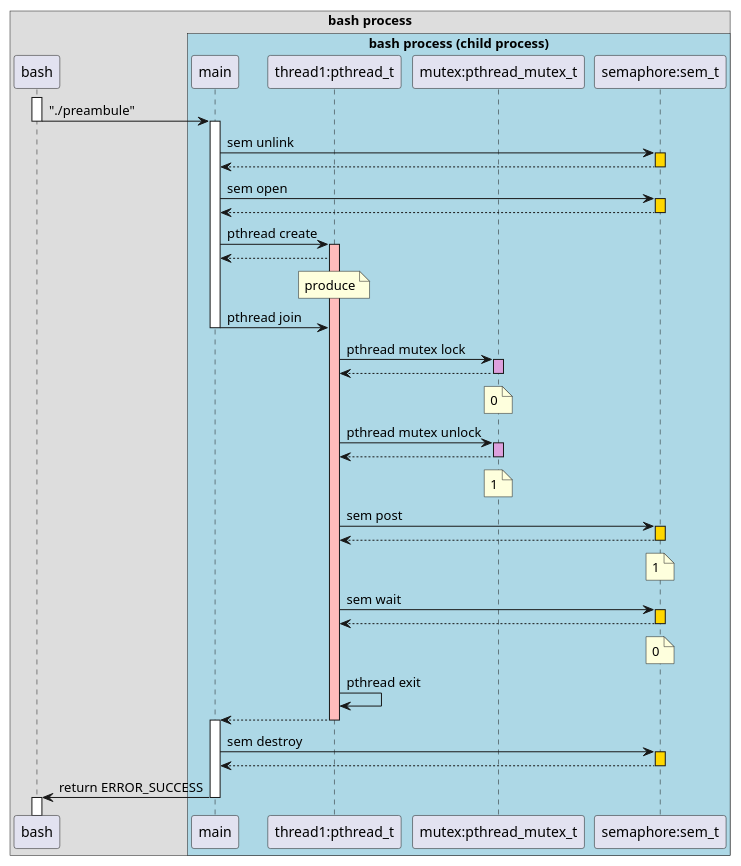
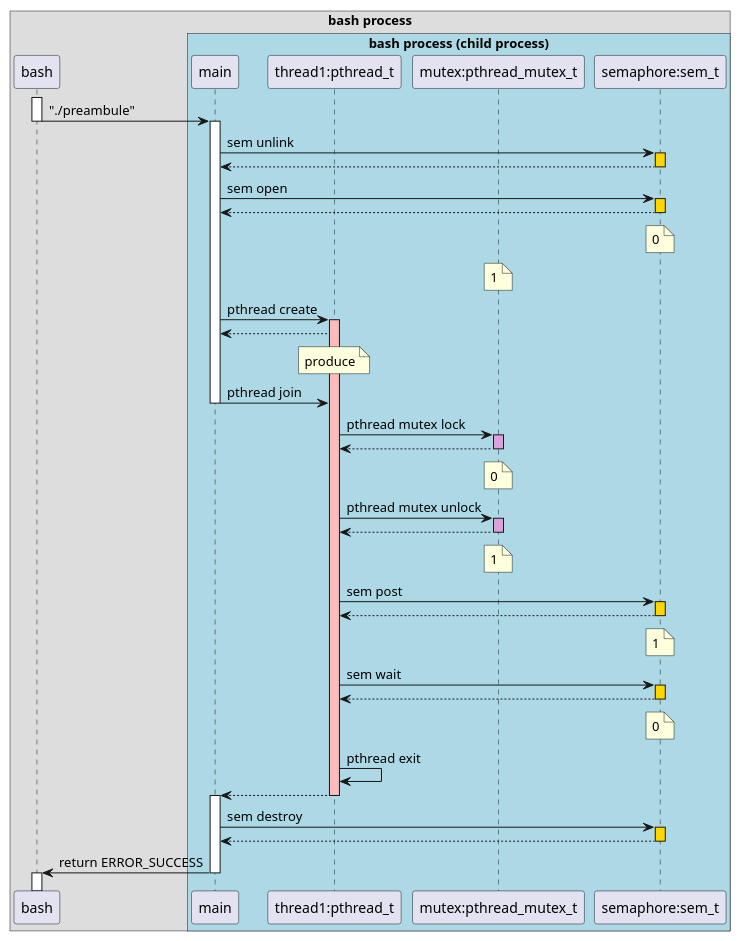
Before and after one commit to jomsc/b0-tp: the diagram in exercice-1/diagrams/preambuleSequenceDiagram.puml, drawn with PlantUML. The commit also changed 5 other files, not shown here.

Commit message:
corrections diagrammes + insertion template du diagramme de séquence final

```diff
--- a/exercice-1/diagrams/preambuleSequenceDiagram.puml
+++ b/exercice-1/diagrams/preambuleSequenceDiagram.puml
@@ -1,63 +1,65 @@
 @startuml
 !pragma teoz true
 box "bash process"
 participant bash
 
 box "bash process (child process)" #lightblue
 participant "main" as main
 participant "thread1:pthread_t" as thread1
 participant "mutex:pthread_mutex_t" as mutex
 participant "semaphore:sem_t" as semaphore
 end box
 end box
 
 activate bash
 bash -> main --++ : "./preambule"
 
 main -> semaphore:sem unlink
 activate semaphore #gold
 return
 main -> semaphore:sem open
 activate semaphore #gold
 return
+note over semaphore : 0
+note over mutex : 1
 
 main -> thread1:pthread create
 activate thread1 #FFBBBB
 thread1 --> main
 note over thread1 : produce
 
 main -> thread1:pthread join
 deactivate main
 
 thread1 -> mutex:pthread mutex lock
 activate mutex #plum
 return
 note over mutex : 0
 
 thread1 -> mutex:pthread mutex unlock
 activate mutex #plum
 return
 note over mutex : 1
 
 thread1 -> semaphore:sem post
 activate semaphore #gold
 return
 note over semaphore : 1
 
 
 thread1 -> semaphore:sem wait
 activate semaphore #gold
 return 
 note over semaphore : 0
 
 
 thread1 -> thread1:pthread exit
 thread1 --> main --++
 
 main -> semaphore:sem destroy
 activate semaphore #gold
 return
 
 main -> bash --++:return ERROR_SUCCESS
 
 @enduml
```
